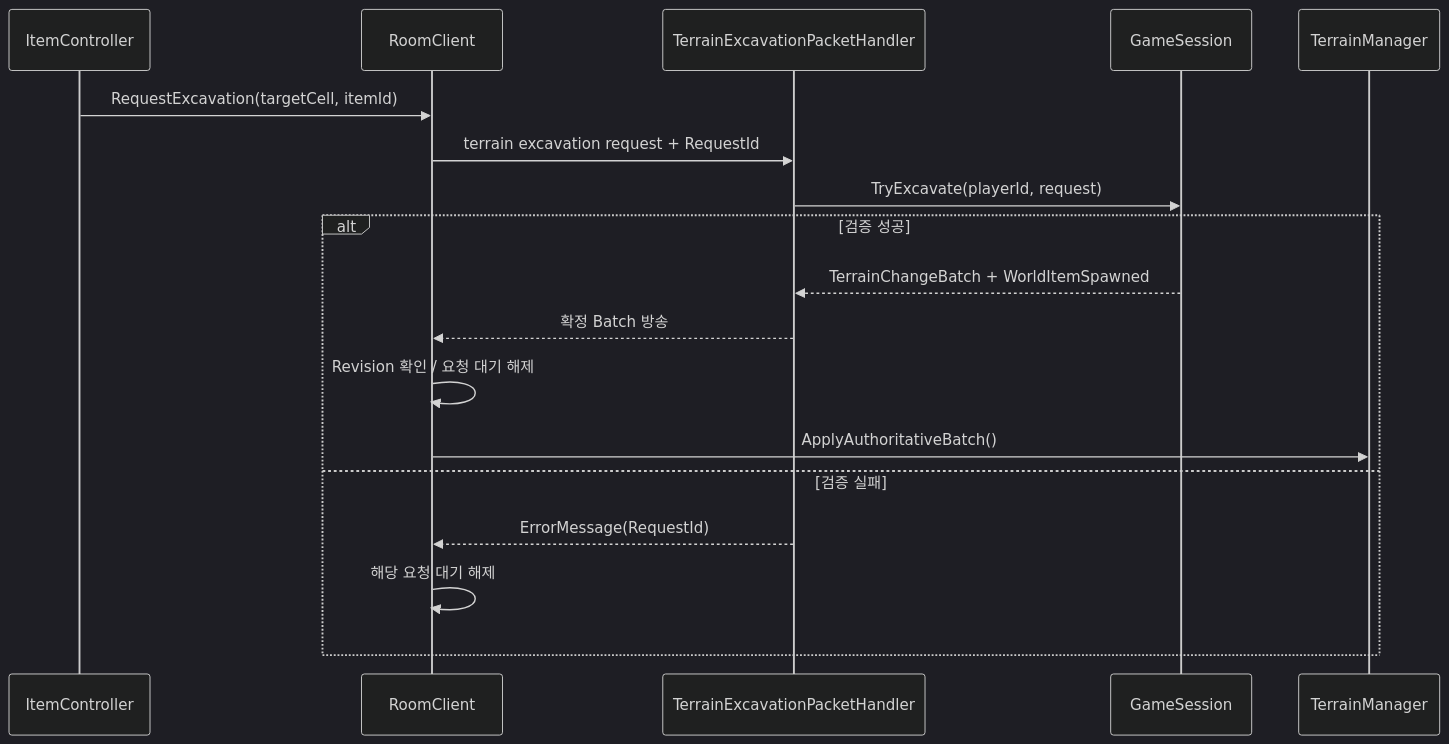
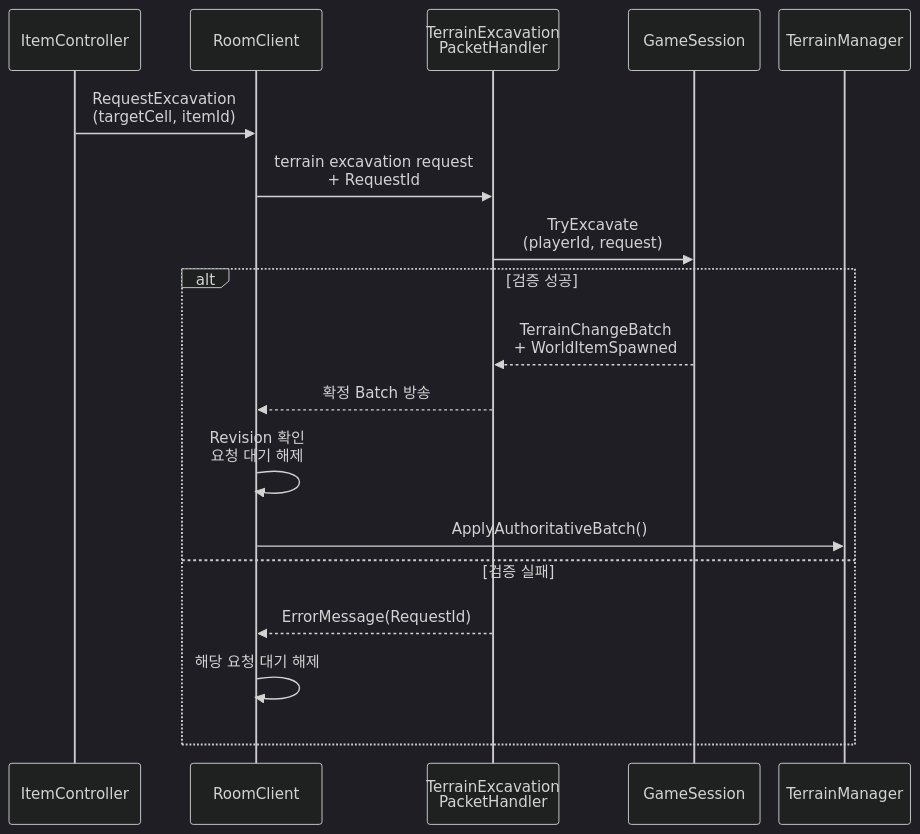
One commit to keeeery/portfolio changed the fourth of 7 diagrams in src/3-Folk-Sack/TechDoc_FolkSack.md. Above: the diagram before and after it, drawn with Mermaid (dark theme). The commit also changed other lines of this file and 11 other files, not shown here.

Commit message:
기술 문서 다이어그램 정리: 세로 배치·복귀 상태 분리, Folk Sack 구조도 지형 연결 맞추기, 주요 패키지 바로잡기

````diff
--- a/src/3-Folk-Sack/TechDoc_FolkSack.md
+++ b/src/3-Folk-Sack/TechDoc_FolkSack.md
@@ -341,20 +349,21 @@
 ```mermaid
+%%{init: {"sequence": {"actorMargin": 20, "width": 140, "wrap": true}}}%%
 sequenceDiagram
     participant I as ItemController
     participant C as RoomClient
-    participant H as TerrainExcavationPacketHandler
+    participant H as TerrainExcavation<br/>PacketHandler
     participant G as GameSession
     participant T as TerrainManager
-    I->>C: RequestExcavation(targetCell, itemId)
-    C->>H: terrain excavation request + RequestId
-    H->>G: TryExcavate(playerId, request)
+    I->>C: RequestExcavation<br/>(targetCell, itemId)
+    C->>H: terrain excavation request<br/>+ RequestId
+    H->>G: TryExcavate<br/>(playerId, request)
     alt 검증 성공
-        G-->>H: TerrainChangeBatch + WorldItemSpawned
+        G-->>H: TerrainChangeBatch<br/>+ WorldItemSpawned
         H-->>C: 확정 Batch 방송
-        C->>C: Revision 확인 / 요청 대기 해제
+        C->>C: Revision 확인<br/>요청 대기 해제
         C->>T: ApplyAuthoritativeBatch()
     else 검증 실패
         H-->>C: ErrorMessage(RequestId)
         C->>C: 해당 요청 대기 해제
     end
 ```
````
